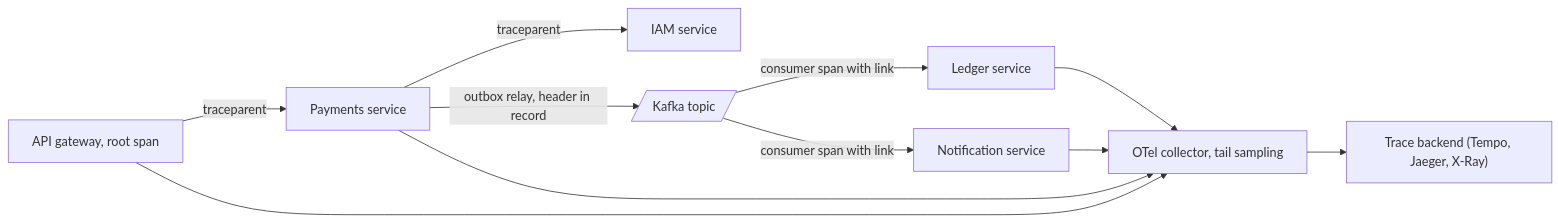
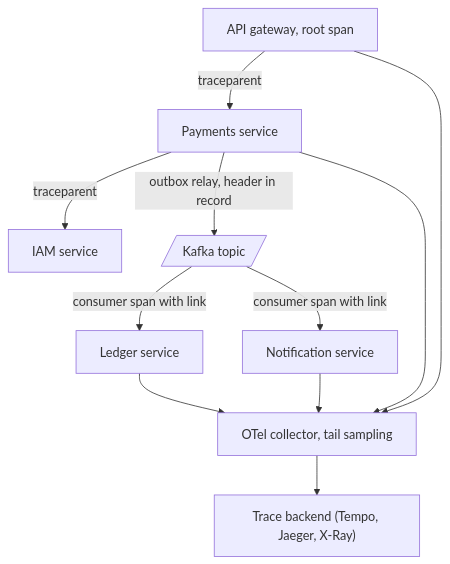
The diagram in HLD/01 HLD & System Design/Observability & Reliability/Distributed Tracing.md (kunal-ladh/learn-system-design), drawn with Mermaid before and after one commit. The commit also changed 195 other files, not shown here.

````diff
--- a/HLD/01 HLD & System Design/Observability & Reliability/Distributed Tracing.md
+++ b/HLD/01 HLD & System Design/Observability & Reliability/Distributed Tracing.md
@@ -56,13 +56,13 @@
 ```mermaid
-flowchart LR
+flowchart TB
     G["API gateway, root span"] -- "traceparent" --> P["Payments service"]
     P -- "traceparent" --> I["IAM service"]
     P -- "outbox relay, header in record" --> K[/"Kafka topic"/]
     K -- "consumer span with link" --> L["Ledger service"]
     K -- "consumer span with link" --> N["Notification service"]
     G --> C["OTel collector, tail sampling"]
     P --> C
     L --> C
     N --> C
     C --> B["Trace backend (Tempo, Jaeger, X-Ray)"]
 ```
````
